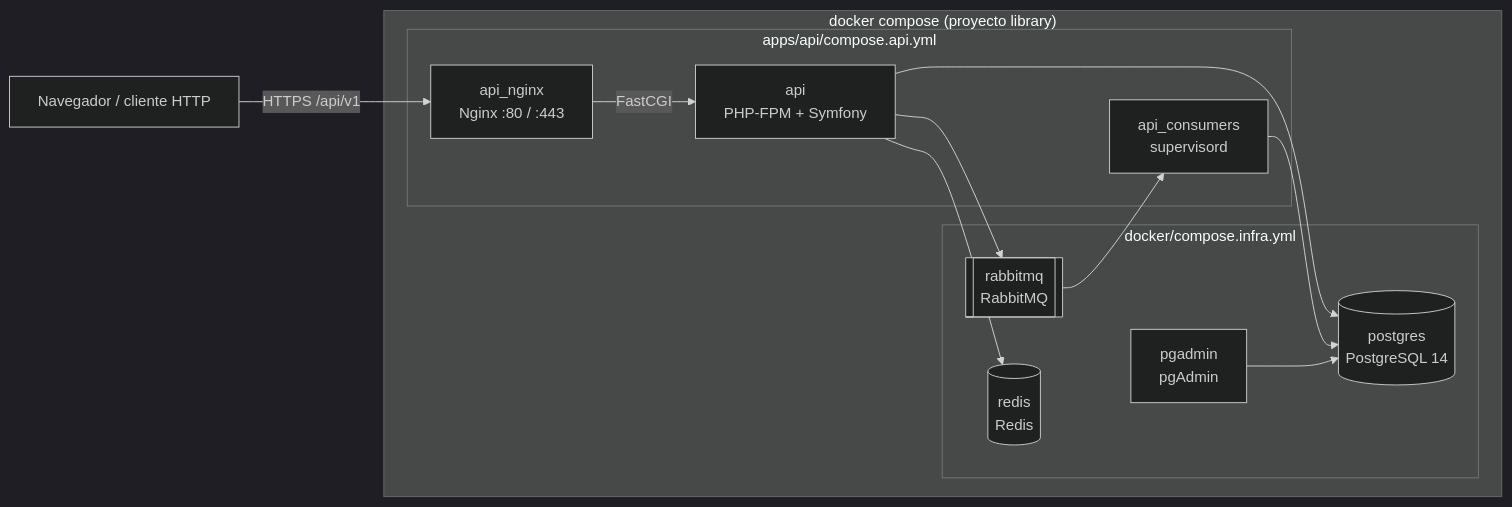
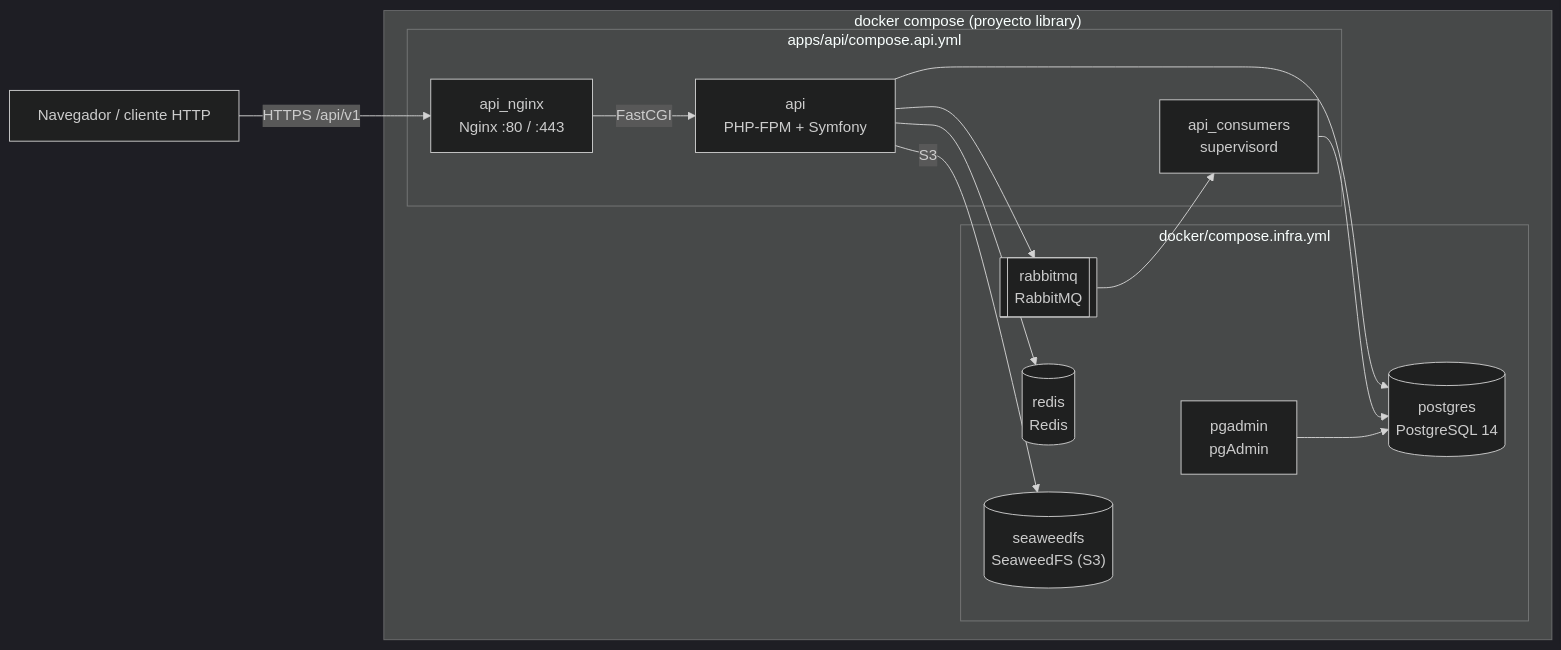
The diagram in README.md (colybri/library), drawn with Mermaid (dark theme) before and after one commit. The commit also changed other lines of this file and 57 other files, not shown here.

````diff
--- a/README.md
+++ b/README.md
@@ -12,27 +12,29 @@
 ```mermaid
 flowchart LR
     client["Navegador / cliente HTTP"]
 
     subgraph compose["docker compose (proyecto library)"]
         subgraph api["apps/api/compose.api.yml"]
             nginx["api_nginx<br/>Nginx :80 / :443"]
             php["api<br/>PHP-FPM + Symfony"]
             consumers["api_consumers<br/>supervisord"]
         end
         subgraph infra["docker/compose.infra.yml"]
             postgres[("postgres<br/>PostgreSQL 14")]
             rabbit[["rabbitmq<br/>RabbitMQ"]]
             redis[("redis<br/>Redis")]
             pgadmin["pgadmin<br/>pgAdmin"]
+            seaweedfs[("seaweedfs<br/>SeaweedFS (S3)")]
         end
     end
 
     client -->|"HTTPS /api/v1"| nginx
     nginx -->|"FastCGI"| php
     php --> postgres
     php --> rabbit
     php --> redis
+    php -->|"S3"| seaweedfs
     rabbit --> consumers
     consumers --> postgres
     pgadmin --> postgres
 ```
````
